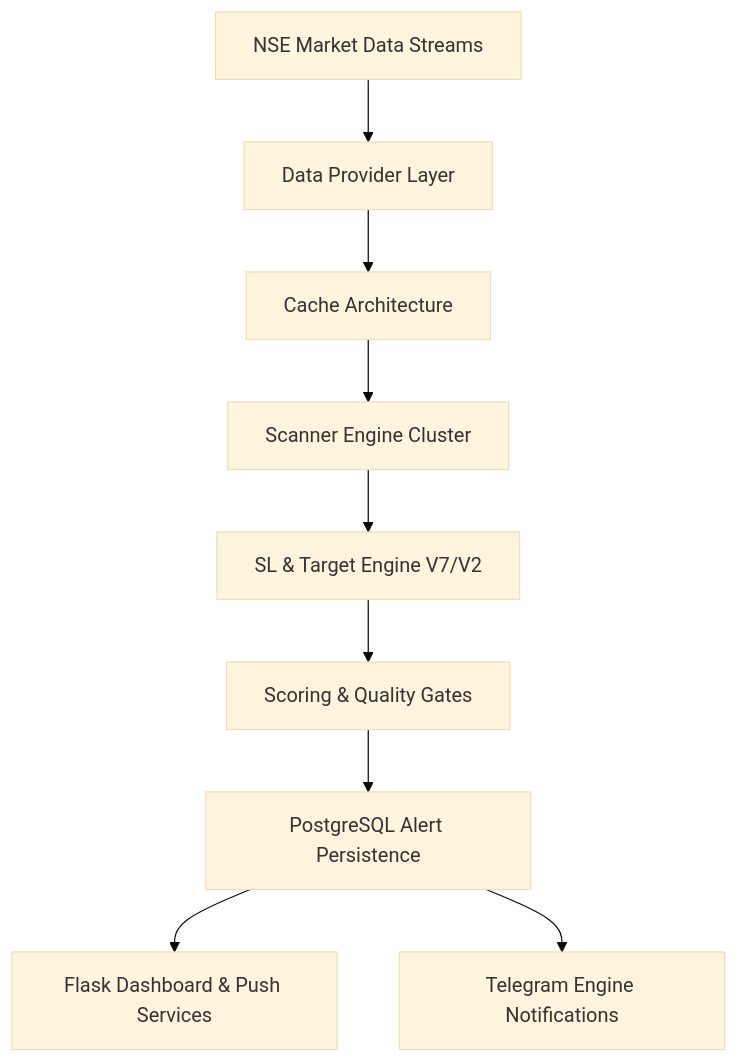
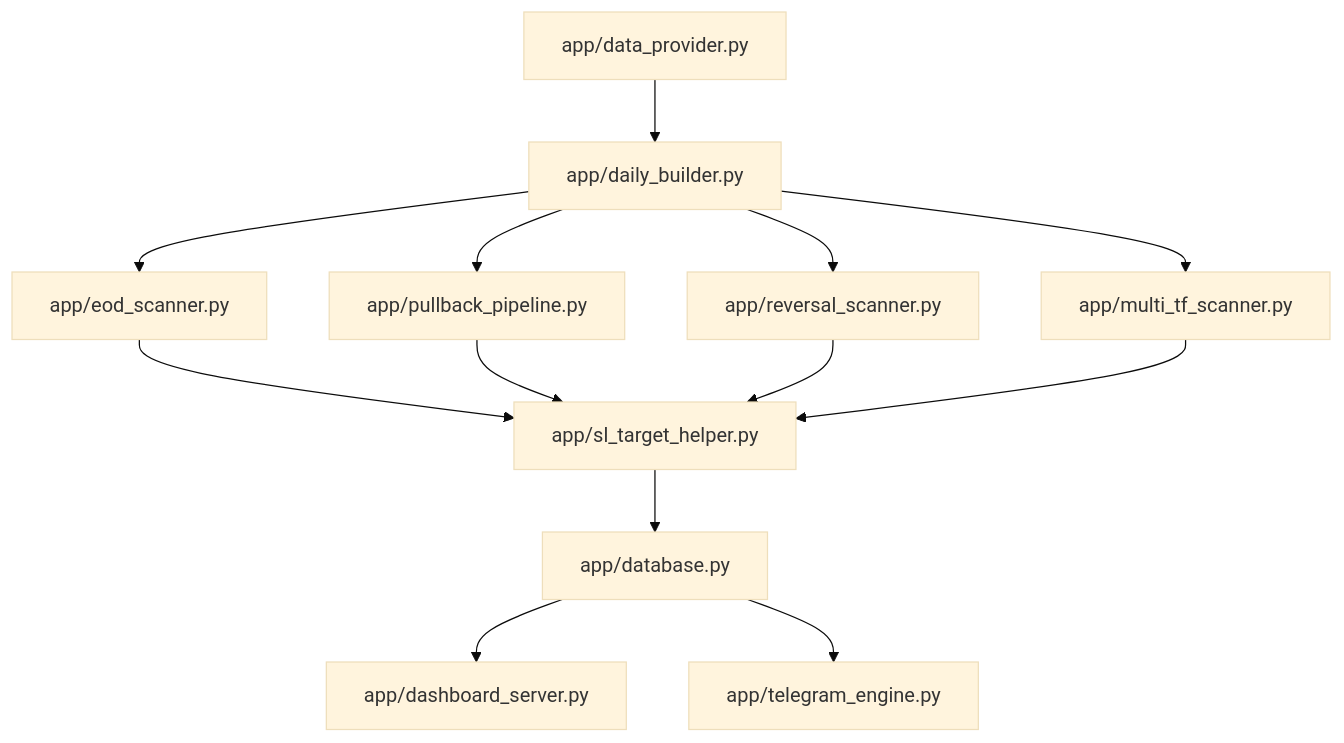
The diagram in docs/Architecture.md (11abhinav/ELITE_BREAKOUT_SYSTEM), drawn with Mermaid (base theme) before and after one commit. The commit also changed other lines of this file and 3 other files, not shown here.

````diff
--- a/docs/Architecture.md
+++ b/docs/Architecture.md
@@ -14,11 +16,15 @@
 ```mermaid
 graph TD
-    A[NSE Market Data Streams] --> B[Data Provider Layer]
-    B --> C[Cache Architecture]
-    C --> D[Scanner Engine Cluster]
-    D --> E[SL & Target Engine V7/V2]
-    E --> F[Scoring & Quality Gates]
-    F --> G[PostgreSQL Alert Persistence]
-    G --> H[Flask Dashboard & Push Services]
-    G --> I[Telegram Engine Notifications]
+    A[app/data_provider.py] --> B[app/daily_builder.py]
+    B --> C[app/eod_scanner.py]
+    B --> D[app/pullback_pipeline.py]
+    B --> E[app/reversal_scanner.py]
+    B --> F[app/multi_tf_scanner.py]
+    C --> G[app/sl_target_helper.py]
+    D --> G
+    E --> G
+    F --> G
+    G --> H[app/database.py]
+    H --> I[app/dashboard_server.py]
+    H --> J[app/telegram_engine.py]
 ```
````
